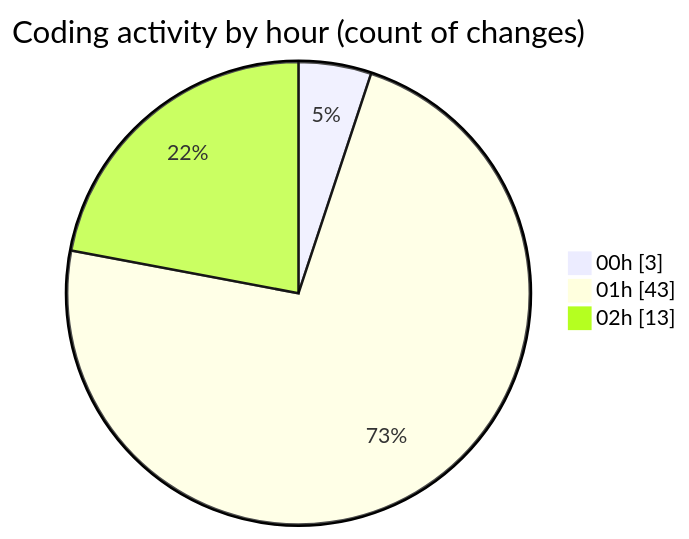
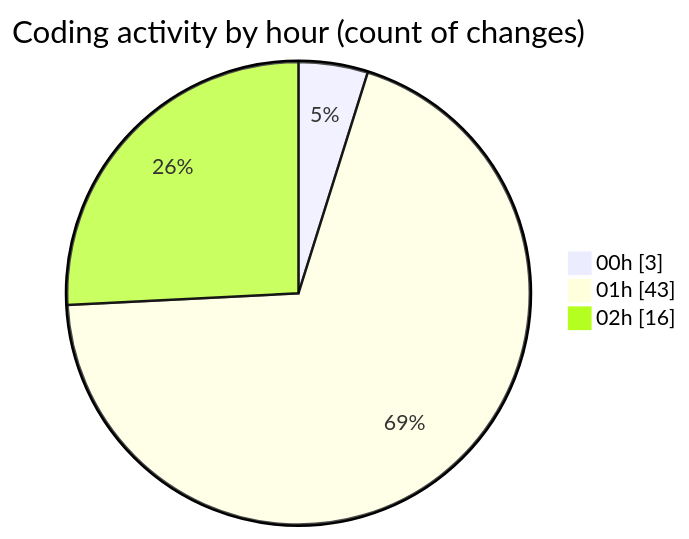
One commit to mevix1/code-tracking changed the second of 2 diagrams in 2025-10-02/oura-api/README.md. Above: the diagram before and after it, drawn with Mermaid. The commit also changed other lines of this file and 1 other file, not shown here.

````diff
--- a/2025-10-02/oura-api/README.md
+++ b/2025-10-02/oura-api/README.md
@@ -76,7 +79,7 @@
 ```mermaid
 pie showData
 title Coding activity by hour (count of changes)
 "00h" : 3
 "01h" : 43
-"02h" : 13
+"02h" : 16
 ```
````
